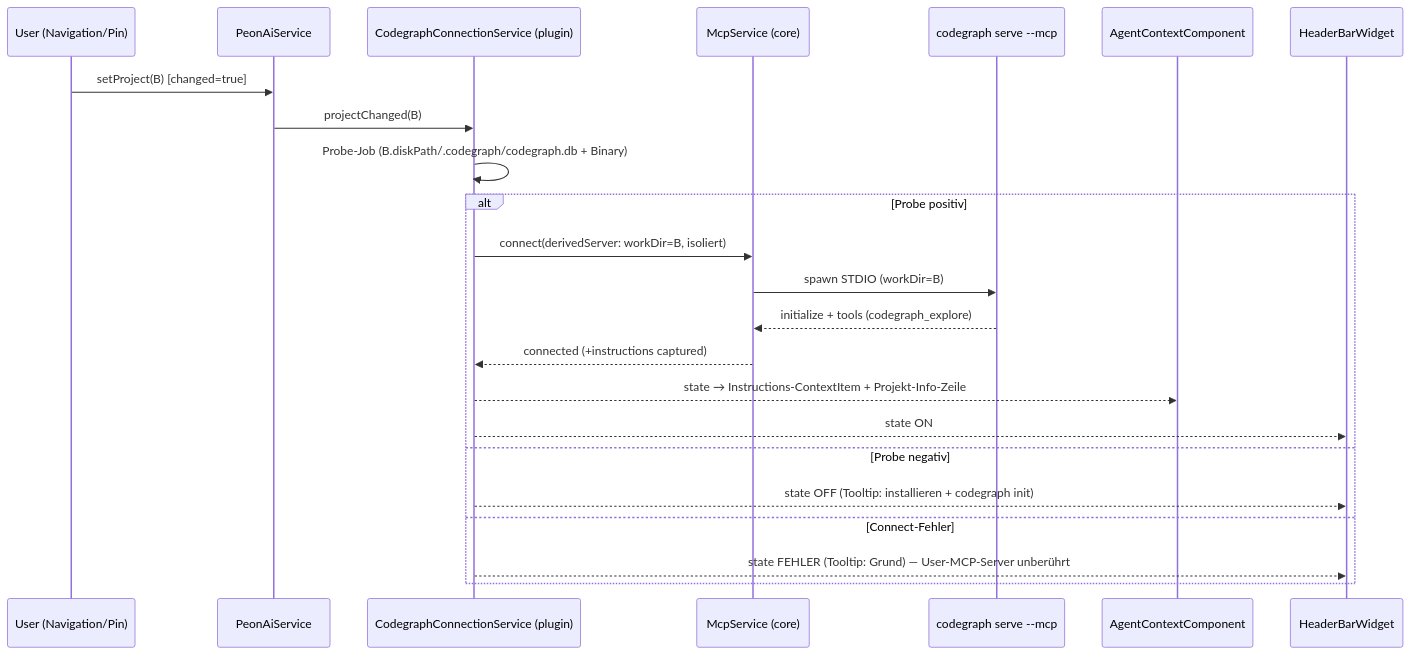
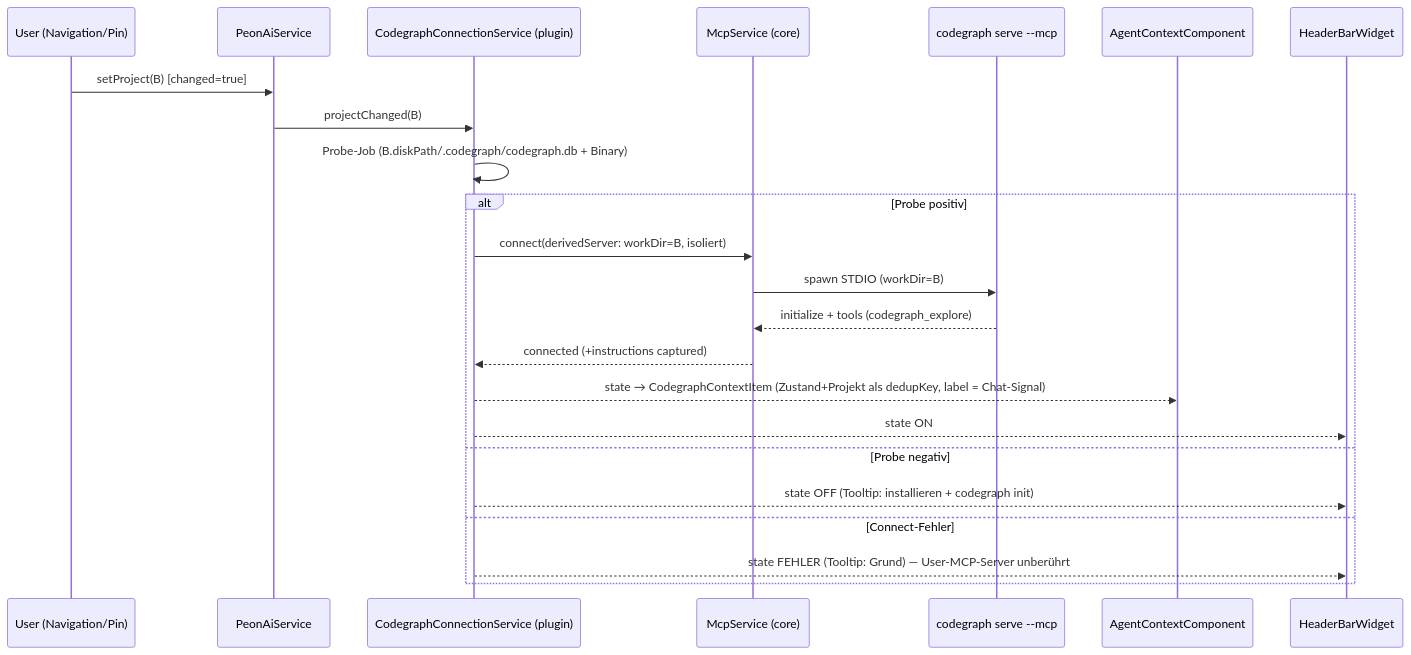
Before and after one commit to sterlp/eclipse-peon-ai: the diagram in docs/codegraph-architektur.md, drawn with Mermaid. The commit also changed other lines of this file and 11 other files, not shown here.

First line of the commit message:
refactor(codegraph): turn context as CodegraphContextItem (R-CG-7, R-CG-12)

````diff
--- a/docs/codegraph-architektur.md
+++ b/docs/codegraph-architektur.md
@@ -34,26 +34,26 @@
 ```mermaid
 sequenceDiagram
   participant U as User (Navigation/Pin)
   participant P as PeonAiService
   participant C as CodegraphConnectionService (plugin)
   participant M as McpService (core)
   participant S as codegraph serve --mcp
   participant A as AgentContextComponent
   participant H as HeaderBarWidget
 
   U->>P: setProject(B) [changed=true]
   P->>C: projectChanged(B)
   C->>C: Probe-Job (B.diskPath/.codegraph/codegraph.db + Binary)
   alt Probe positiv
     C->>M: connect(derivedServer: workDir=B, isoliert)
     M->>S: spawn STDIO (workDir=B)
     S-->>M: initialize + tools (codegraph_explore)
     M-->>C: connected (+instructions captured)
-    C-->>A: state → Instructions-ContextItem + Projekt-Info-Zeile
+    C-->>A: state → CodegraphContextItem (Zustand+Projekt als dedupKey, label = Chat-Signal)
     C-->>H: state ON
   else Probe negativ
     C-->>H: state OFF (Tooltip: installieren + codegraph init)
   else Connect-Fehler
     C-->>H: state FEHLER (Tooltip: Grund) — User-MCP-Server unberührt
   end
 ```
````
